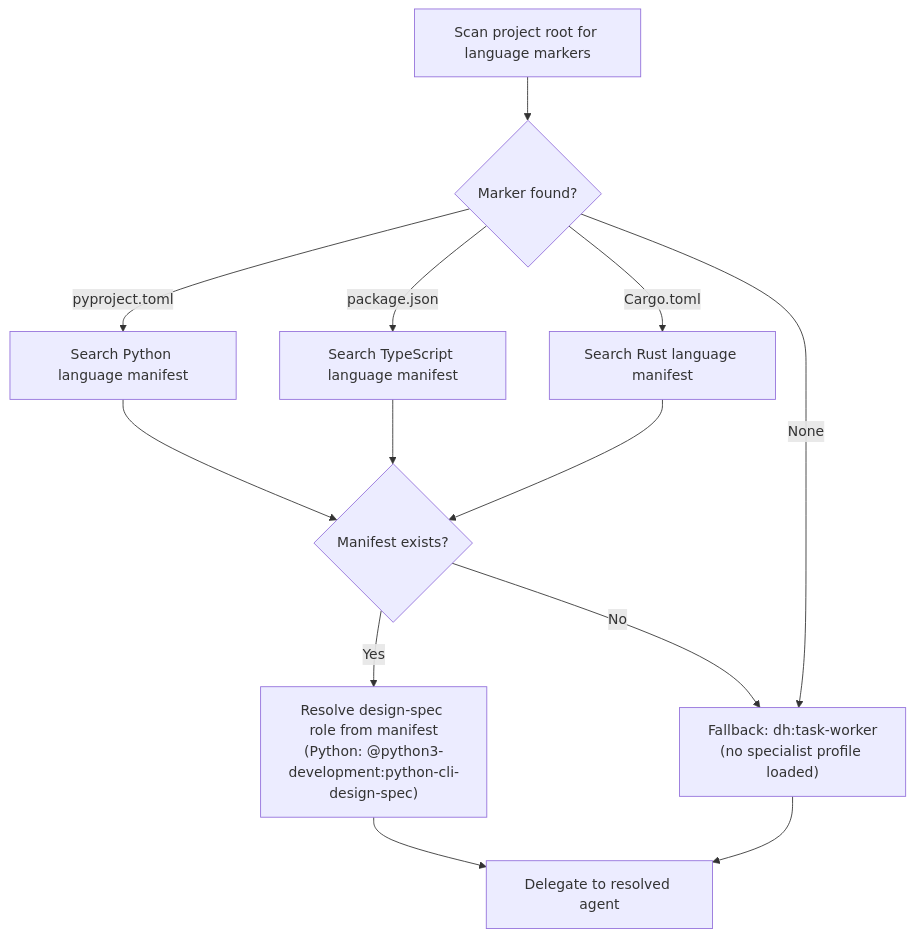
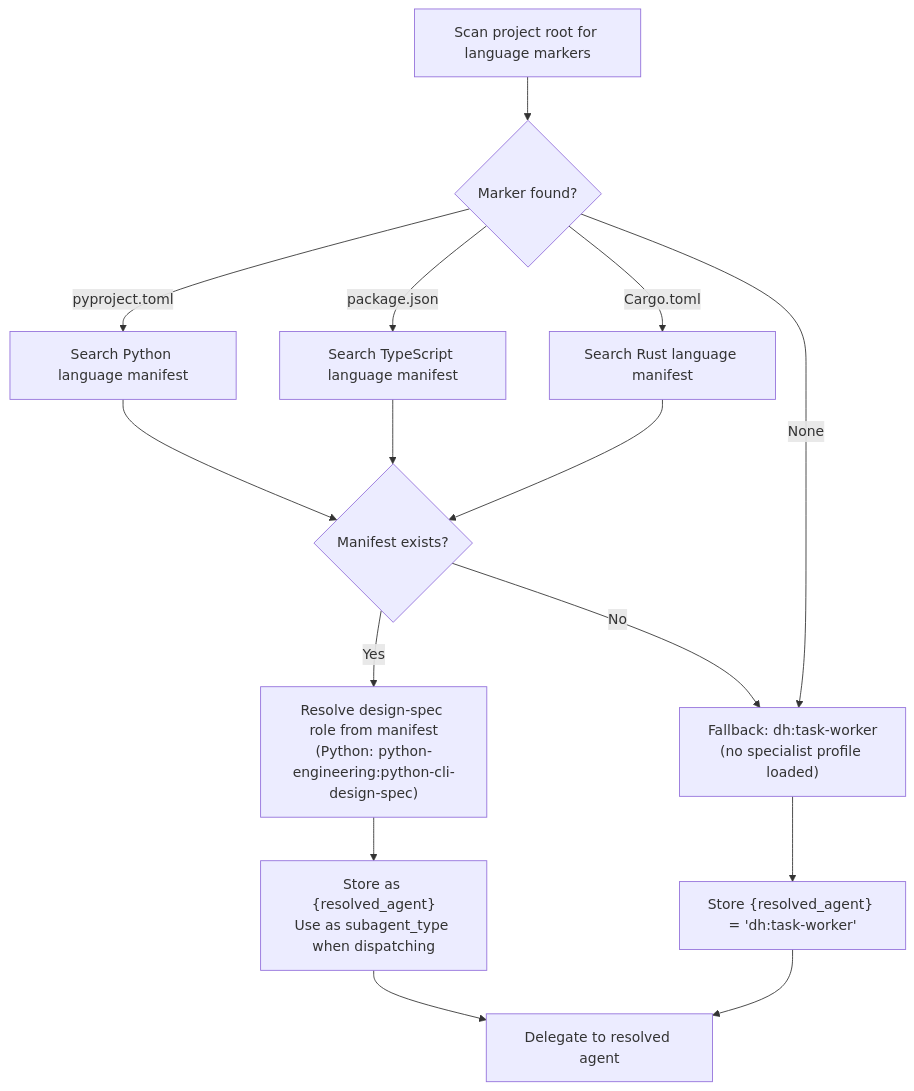
One commit to Jamie-BitFlight/claude_skills changed the second of 3 diagrams in plugins/development-harness/skills/add-new-feature/SKILL.md. Above: the diagram before and after it, drawn with Mermaid. The commit also changed other lines of this file and 1 other file, not shown here.

Commit message:
fix(add-new-feature): use resolved_agent variable in Phase 3 artifact_register
Three fixes to Phase 3 architect delegation:
- agent= in artifact_register was hardcoded to python-cli-design-spec (Python-
  specific, no namespace). Now uses {resolved_agent} set by language manifest
  role resolution, making it correct for Python, TypeScript, Rust, and fallback
- Plugin namespace corrected: python3-development -> python-engineering
- Mermaid updated to show resolved_agent storage step for both manifest and
  fallback paths so subagent_type and agent= metadata stay consistent
- issue_number= -> item_id= missed by previous 32-file doc update
- Remove stale known-issue note (now fixed)

https://claude.ai/code/session_0166C2xQGc2pugYt4ZWL5Kpd

````diff
--- a/plugins/development-harness/skills/add-new-feature/SKILL.md
+++ b/plugins/development-harness/skills/add-new-feature/SKILL.md
@@ -217,15 +217,17 @@
 ```mermaid
 flowchart TD
     Scan[Scan project root for language markers] --> Found{Marker found?}
     Found -->|pyproject.toml| Py[Search Python language manifest]
     Found -->|package.json| TS[Search TypeScript language manifest]
     Found -->|Cargo.toml| Rust[Search Rust language manifest]
     Found -->|None| FB["Fallback: dh:task-worker<br>(no specialist profile loaded)"]
     Py --> ManifestFound{Manifest exists?}
     TS --> ManifestFound
     Rust --> ManifestFound
-    ManifestFound -->|Yes| Resolve["Resolve design-spec role from manifest<br>(Python: @python3-development:python-cli-design-spec)"]
+    ManifestFound -->|Yes| Resolve["Resolve design-spec role from manifest<br>(Python: python-engineering:python-cli-design-spec)"]
     ManifestFound -->|No| FB
-    Resolve --> Delegate[Delegate to resolved agent]
-    FB --> Delegate
+    Resolve --> Store["Store as {resolved_agent}<br>Use as subagent_type when dispatching"]
+    Store --> Delegate[Delegate to resolved agent]
+    FB --> FBStore["Store {resolved_agent} = 'dh:task-worker'"]
+    FBStore --> Delegate
 ```
````
